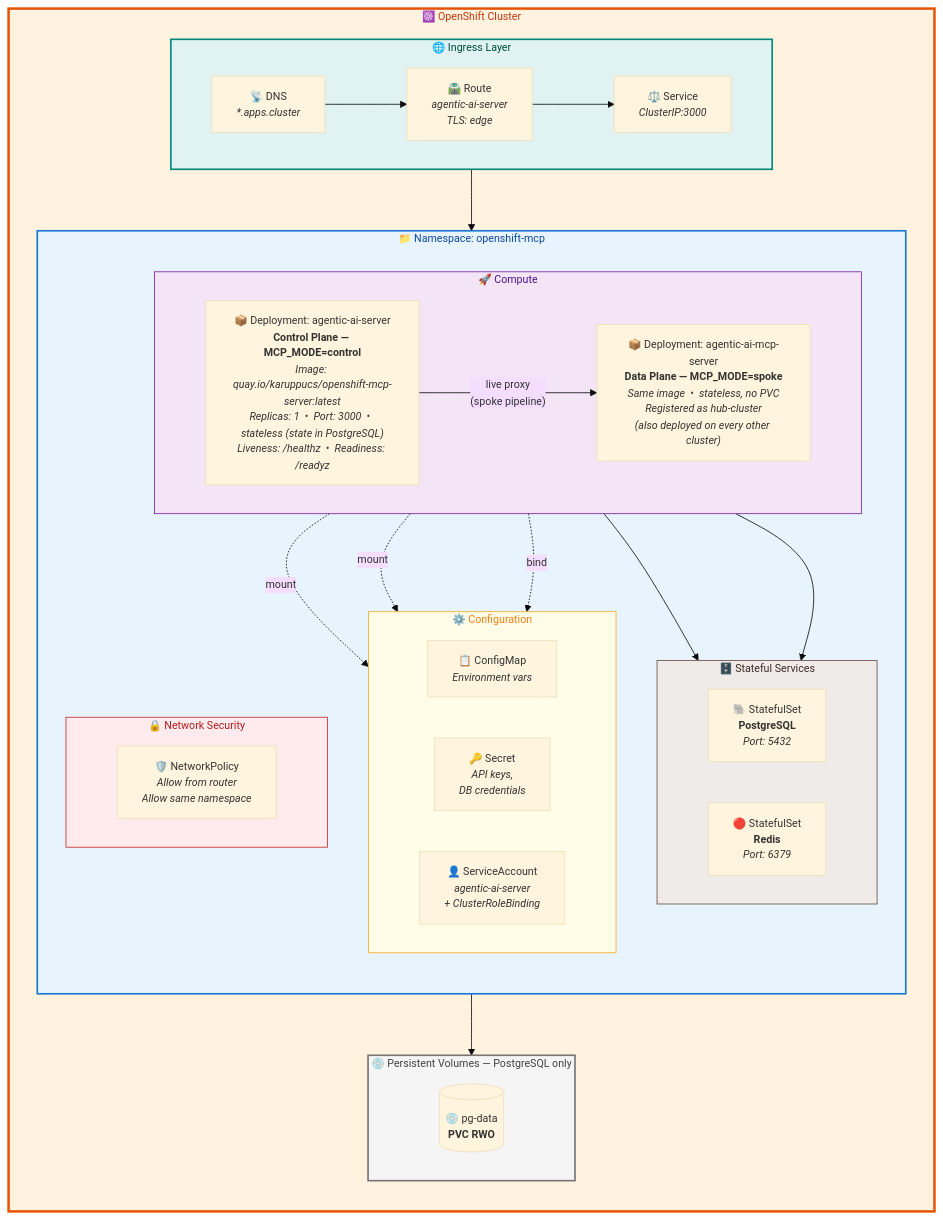
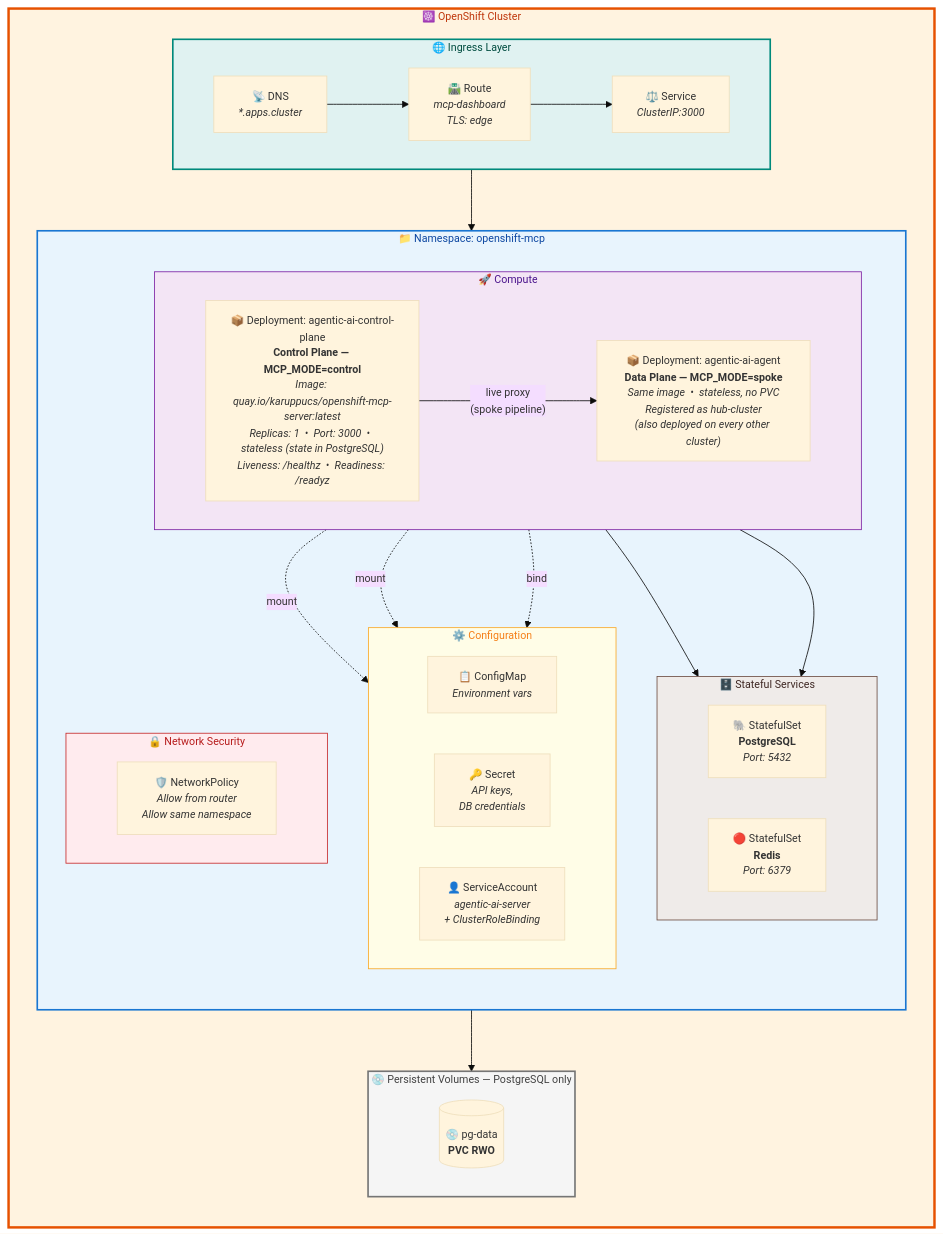
Before and after one commit to cskaruppu/Openshift-mcp-server: the third of 4 diagrams in docs/architecture.md, drawn with Mermaid. The commit also changed other lines of this file and 6 other files, not shown here.

````diff
--- a/docs/architecture.md
+++ b/docs/architecture.md
@@ -224,66 +224,66 @@
 ```mermaid
 %%{init: {'theme': 'base', 'themeVariables': { 'fontSize': '13px' }}}%%
 
 flowchart TB
     subgraph OCPCLUSTER["☸️ OpenShift Cluster"]
         direction TB
 
         subgraph INGRESS["🌐 Ingress Layer"]
             direction LR
             DNS["📡 DNS<br/><i>*.apps.cluster</i>"]
-            ROUTE["🛣️ Route<br/><i>agentic-ai-server</i><br/><i>TLS: edge</i>"]
+            ROUTE["🛣️ Route<br/><i>mcp-dashboard</i><br/><i>TLS: edge</i>"]
             SVC["⚖️ Service<br/><i>ClusterIP:3000</i>"]
         end
 
         subgraph NAMESPACE["📁 Namespace: openshift-mcp"]
             direction TB
 
             subgraph COMPUTE["🚀 Compute"]
                 direction LR
-                DEP["📦 Deployment: agentic-ai-server<br/><b>Control Plane — MCP_MODE=control</b><br/><i>Image: quay.io/karuppucs/openshift-mcp-server:latest</i><br/><i>Replicas: 1 &nbsp;•&nbsp; Port: 3000 &nbsp;•&nbsp; stateless (state in PostgreSQL)</i><br/><i>Liveness: /healthz &nbsp;•&nbsp; Readiness: /readyz</i>"]
-                MCPS["📦 Deployment: agentic-ai-mcp-server<br/><b>Data Plane — MCP_MODE=spoke</b><br/><i>Same image &nbsp;•&nbsp; stateless, no PVC</i><br/><i>Registered as hub-cluster</i><br/><i>(also deployed on every other cluster)</i>"]
+                DEP["📦 Deployment: agentic-ai-control-plane<br/><b>Control Plane — MCP_MODE=control</b><br/><i>Image: quay.io/karuppucs/openshift-mcp-server:latest</i><br/><i>Replicas: 1 &nbsp;•&nbsp; Port: 3000 &nbsp;•&nbsp; stateless (state in PostgreSQL)</i><br/><i>Liveness: /healthz &nbsp;•&nbsp; Readiness: /readyz</i>"]
+                MCPS["📦 Deployment: agentic-ai-agent<br/><b>Data Plane — MCP_MODE=spoke</b><br/><i>Same image &nbsp;•&nbsp; stateless, no PVC</i><br/><i>Registered as hub-cluster</i><br/><i>(also deployed on every other cluster)</i>"]
             end
 
             subgraph STATEFUL["🗄️ Stateful Services"]
                 direction LR
                 PG["🐘 StatefulSet<br/><b>PostgreSQL</b><br/><i>Port: 5432</i>"]
                 REDIS["🔴 StatefulSet<br/><b>Redis</b><br/><i>Port: 6379</i>"]
             end
 
             subgraph CONFIG["⚙️ Configuration"]
                 direction LR
                 CM["📋 ConfigMap<br/><i>Environment vars</i>"]
                 SEC["🔑 Secret<br/><i>API keys,</i><br/><i>DB credentials</i>"]
                 SA["👤 ServiceAccount<br/><i>agentic-ai-server</i><br/><i>+ ClusterRoleBinding</i>"]
             end
 
             subgraph NETPOL["🔒 Network Security"]
                 direction LR
                 NP["🛡️ NetworkPolicy<br/><i>Allow from router</i><br/><i>Allow same namespace</i>"]
             end
         end
 
         subgraph VOLUMES["💿 Persistent Volumes — PostgreSQL only"]
             direction LR
             V2[("💿 pg-data<br/><b>PVC RWO</b>")]
         end
     end
 
     DNS --> ROUTE --> SVC --> DEP
     DEP --> PG
     DEP --> REDIS
     DEP -->|"live proxy<br/>(spoke pipeline)"| MCPS
     DEP -.->|mount| CM
     DEP -.->|mount| SEC
     DEP -.->|bind| SA
     PG --> V2
 
     style OCPCLUSTER fill:#FFF3E0,stroke:#E65100,stroke-width:3px,color:#BF360C
     style INGRESS fill:#E0F2F1,stroke:#00897B,stroke-width:2px,color:#004D40
     style NAMESPACE fill:#E8F4FD,stroke:#1976D2,stroke-width:2px,color:#0D47A1
     style COMPUTE fill:#F3E5F5,stroke:#7B1FA2,stroke-width:1px,color:#4A148C
     style STATEFUL fill:#EFEBE9,stroke:#6D4C41,stroke-width:1px,color:#3E2723
     style CONFIG fill:#FFFDE7,stroke:#F9A825,stroke-width:1px,color:#F57F17
     style NETPOL fill:#FFEBEE,stroke:#C62828,stroke-width:1px,color:#B71C1C
     style VOLUMES fill:#F5F5F5,stroke:#757575,stroke-width:2px,color:#424242
 ```
````
